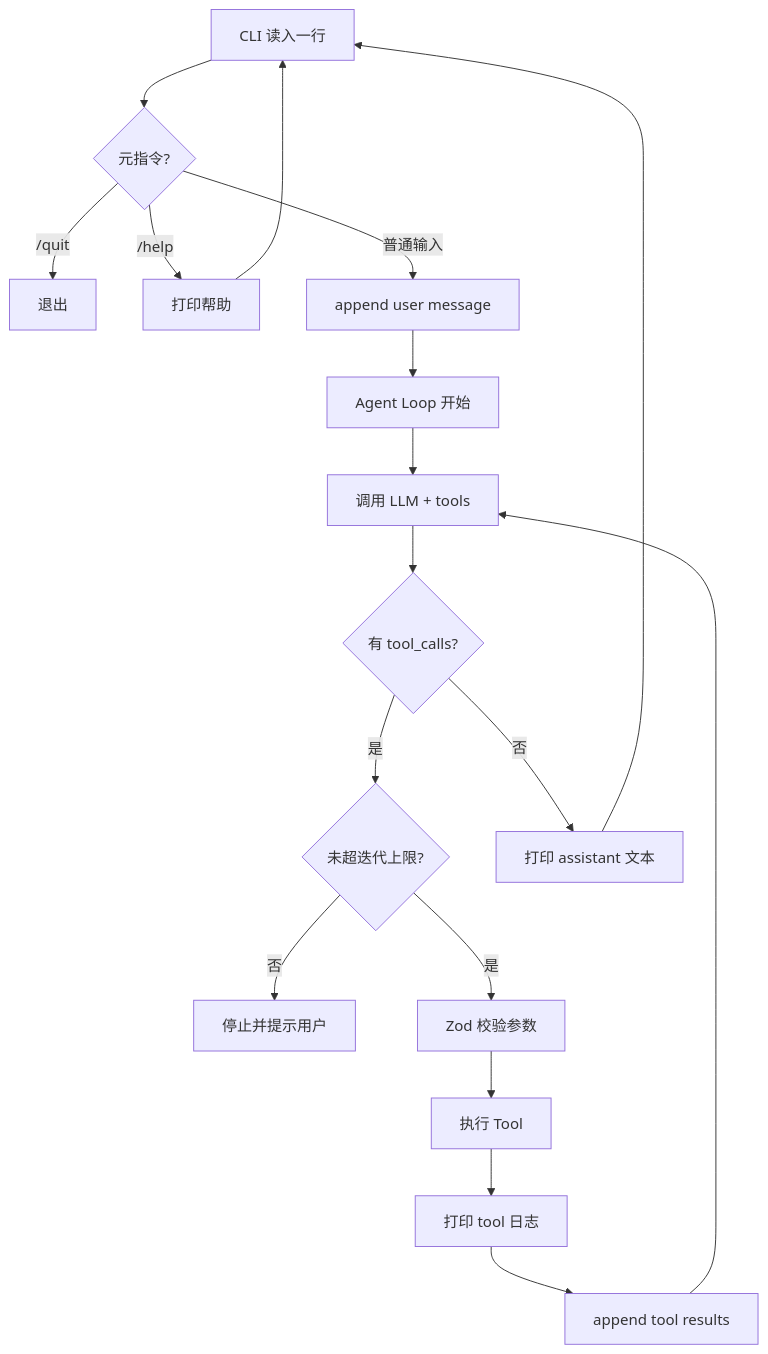
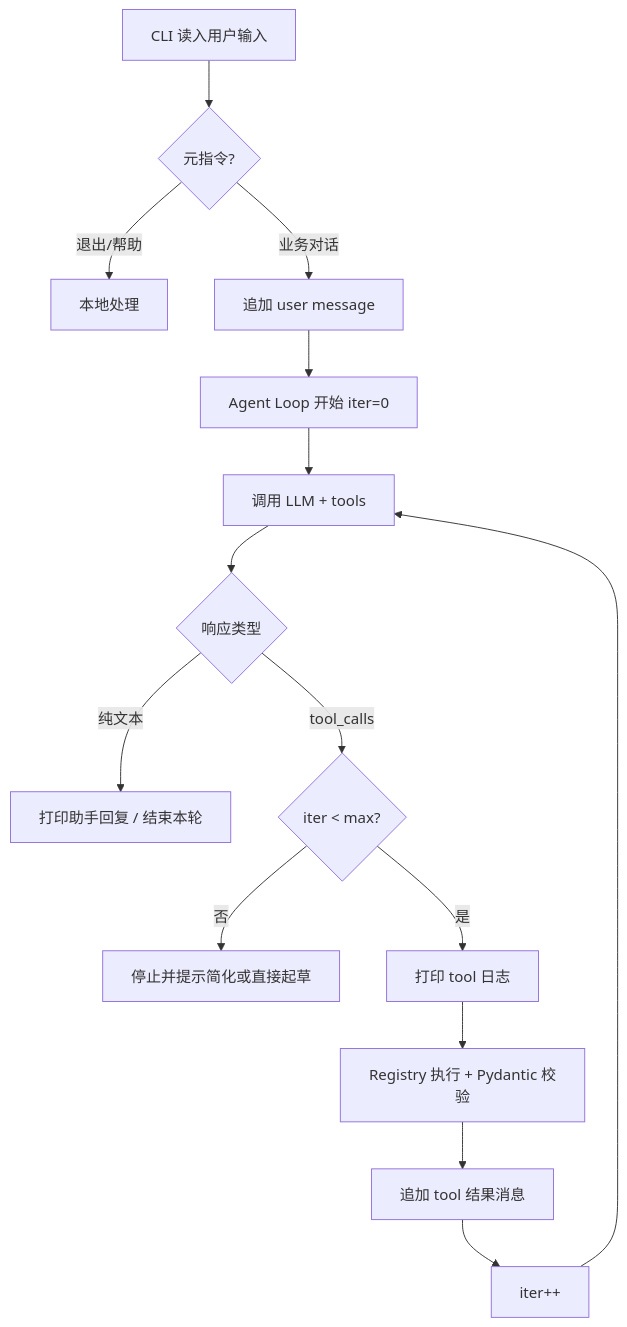
One commit to goldwish1/PM-Agent changed the first of 2 diagrams in doc/PM-Agent-技术方案.md. Above: the diagram before and after it, drawn with Mermaid. The commit also changed other lines of this file and 2 other files, not shown here.

````diff
--- a/doc/PM-Agent-技术方案.md
+++ b/doc/PM-Agent-技术方案.md
@@ -121,19 +136,17 @@
 ```mermaid
 flowchart TD
-    A[CLI 读入一行] --> B{元指令?}
-    B -->|/quit| Z[退出]
-    B -->|/help| H[打印帮助] --> A
-    B -->|普通输入| C[append user message]
-    C --> D[Agent Loop 开始]
-    D --> E[调用 LLM + tools]
-    E --> F{有 tool_calls?}
-    F -->|是| G{未超迭代上限?}
-    G -->|否| X[停止并提示用户]
-    G -->|是| I[Zod 校验参数]
-    I --> J[执行 Tool]
-    J --> K[打印 tool 日志]
-    K --> L[append tool results]
-    L --> E
-    F -->|否| M[打印 assistant 文本]
-    M --> A
+    A[CLI 读入用户输入] --> B{元指令?}
+    B -->|退出/帮助| C[本地处理]
+    B -->|业务对话| D[追加 user message]
+    D --> E[Agent Loop 开始 iter=0]
+    E --> F[调用 LLM + tools]
+    F --> G{响应类型}
+    G -->|纯文本| H[打印助手回复 / 结束本轮]
+    G -->|tool_calls| I{iter < max?}
+    I -->|否| J[停止并提示简化或直接起草]
+    I -->|是| K[打印 tool 日志]
+    K --> L[Registry 执行 + Pydantic 校验]
+    L --> M[追加 tool 结果消息]
+    M --> N[iter++]
+    N --> F
 ```
````
